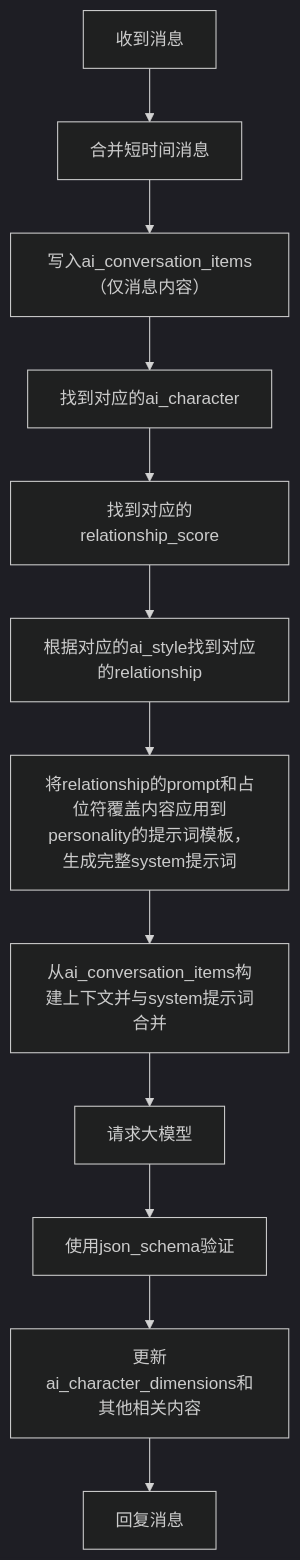
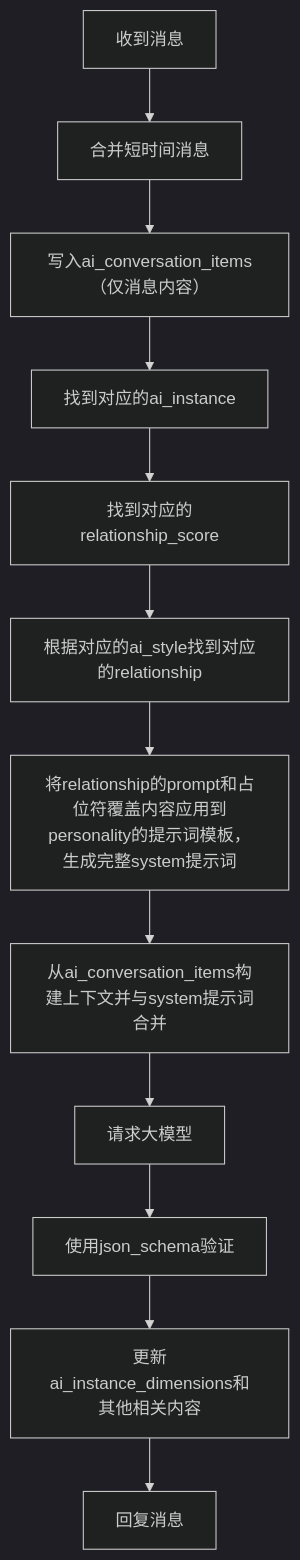
The second of 2 diagrams in docs/prototype/ai-chat.md (Monopink/ailo), drawn with Mermaid (dark theme) before and after one commit. The commit also changed other lines of this file and 136 other files, not shown here.

First line of the commit message:
Rename AI character to AI instance

````diff
--- a/docs/prototype/ai-chat.md
+++ b/docs/prototype/ai-chat.md
@@ -38,14 +45,14 @@
 ```mermaid
 flowchart TB
     n1["收到消息"] --> n2["合并短时间消息"]
     n2 --> n3["写入ai_conversation_items（仅消息内容）"]
-    n3 --> n4["找到对应的ai_character"]
+    n3 --> n4["找到对应的ai_instance"]
     n4 --> n5["找到对应的relationship_score"]
     n5 --> n6["根据对应的ai_style找到对应的relationship"]
     n6 --> n7["将relationship的prompt和占位符覆盖内容应用到personality的提示词模板，生成完整system提示词"]
     n7 --> n8["从ai_conversation_items构建上下文并与system提示词合并"]
     n8 --> n9["请求大模型"]
     n9 --> n11["使用json_schema验证"]
-    n11 --> n12["更新ai_character_dimensions和其他相关内容"]
+    n11 --> n12["更新ai_instance_dimensions和其他相关内容"]
     n12 --> n13["回复消息"]
 ```
````
